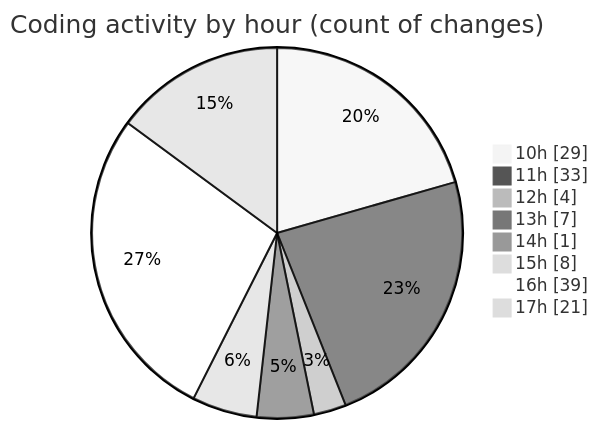
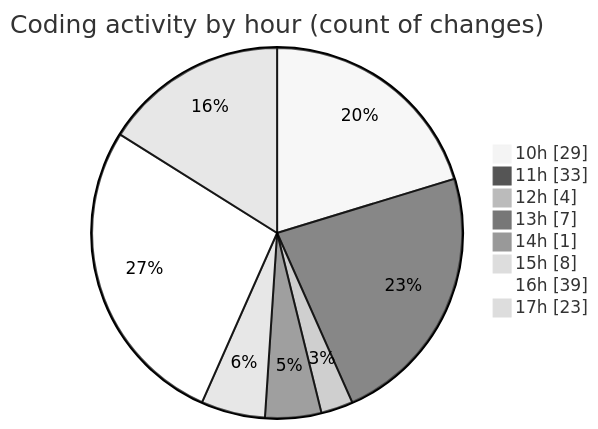
The second of 2 diagrams in 2025-06-05/cda/README.md (momahboobian/code-tracking), drawn with Mermaid (neutral theme) before and after one commit. The commit also changed other lines of this file and 1 other file, not shown here.

````diff
--- a/2025-06-05/cda/README.md
+++ b/2025-06-05/cda/README.md
@@ -65,12 +65,12 @@
 ```mermaid
 pie showData
 title Coding activity by hour (count of changes)
 "10h" : 29
 "11h" : 33
 "12h" : 4
 "13h" : 7
 "14h" : 1
 "15h" : 8
 "16h" : 39
-"17h" : 21
+"17h" : 23
 ```
````
